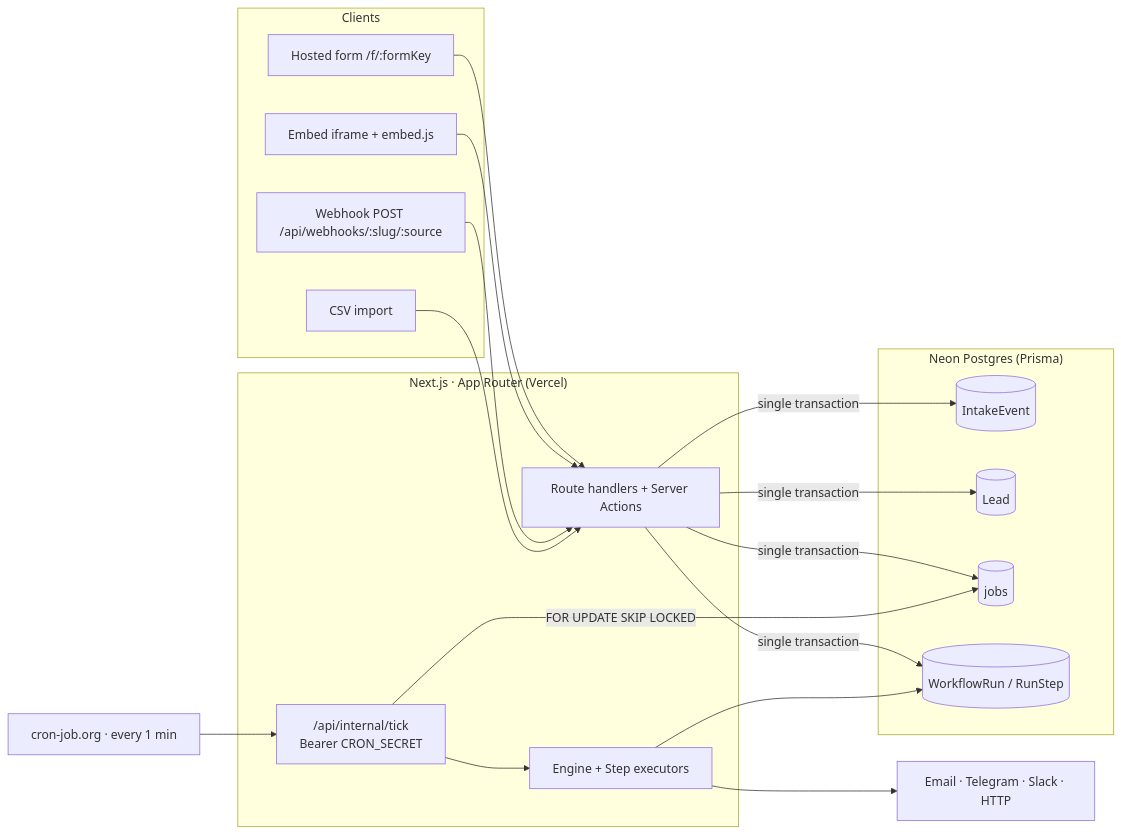
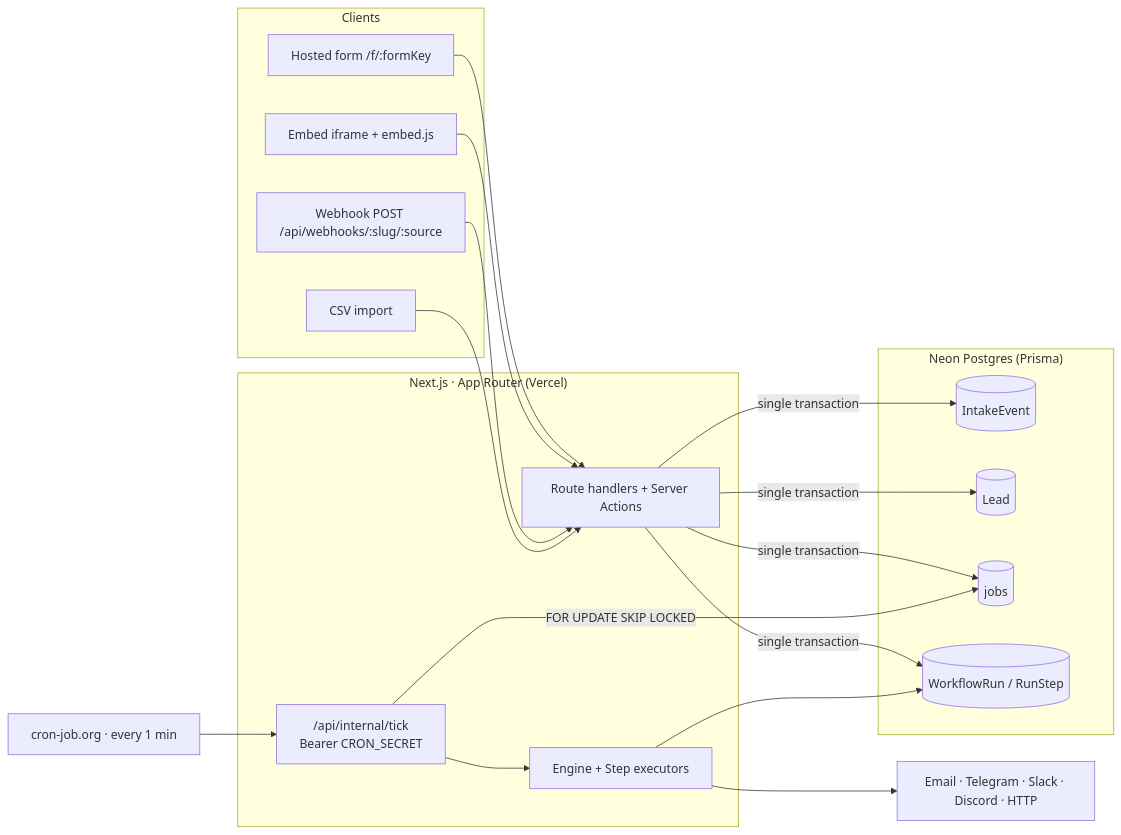
The diagram in README.md (joychandrauday/flowbridge), drawn with Mermaid before and after one commit. The commit also changed other lines of this file and 2 other files, not shown here.

````diff
--- a/README.md
+++ b/README.md
@@ -42,36 +47,36 @@
 ```mermaid
 flowchart LR
   subgraph Clients
     A["Hosted form /f/:formKey"]
     B["Embed iframe + embed.js"]
     C["Webhook POST /api/webhooks/:slug/:source"]
     D["CSV import"]
   end
 
   subgraph Next["Next.js · App Router (Vercel)"]
     RH["Route handlers + Server Actions"]
     TICK["/api/internal/tick<br/>Bearer CRON_SECRET"]
     ENG["Engine + Step executors"]
   end
 
   subgraph PG["Neon Postgres (Prisma)"]
     IE[("IntakeEvent")]
     LEAD[("Lead")]
     JOBS[("jobs")]
     RUNS[("WorkflowRun / RunStep")]
   end
 
   CRON["cron-job.org · every 1 min"] --> TICK
   A --> RH
   B --> RH
   C --> RH
   D --> RH
   RH -->|"single transaction"| IE
   RH -->|"single transaction"| LEAD
   RH -->|"single transaction"| JOBS
   RH -->|"single transaction"| RUNS
   TICK -->|"FOR UPDATE SKIP LOCKED"| JOBS
   TICK --> ENG
   ENG --> RUNS
-  ENG --> NOTIF["Email · Telegram · Slack · HTTP"]
+  ENG --> NOTIF["Email · Telegram · Slack · Discord · HTTP"]
 ```
````
